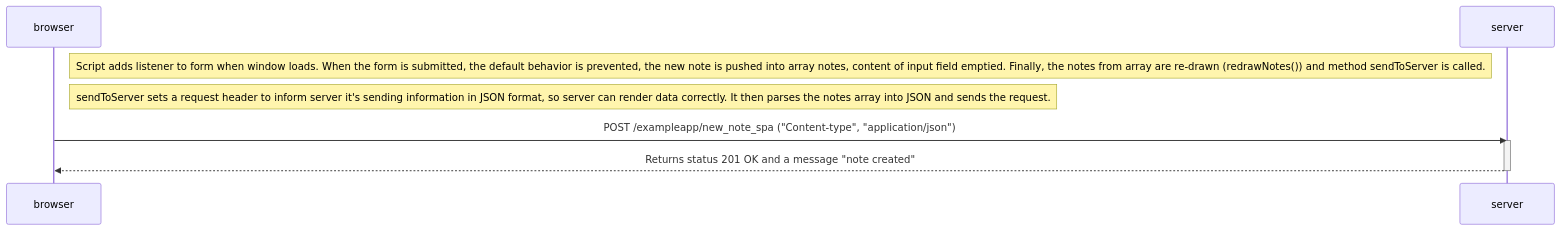
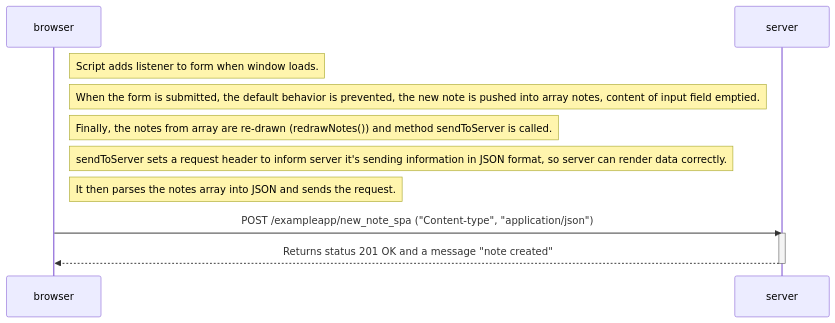
One commit to po8po9/fullstackopen_mazzarella changed the diagram in part0/new_note_SPA.md. Above: the diagram before and after it, drawn with Mermaid.

Commit message:
Update new_note_SPA.md
Comments were too long, now clearer

````diff
--- a/part0/new_note_SPA.md
+++ b/part0/new_note_SPA.md
@@ -1,19 +1,25 @@
 ```mermaid
 sequenceDiagram
     participant browser
     participant server
 
-    Note right of browser: Script adds listener to form when window loads. When the form is submitted, the default behavior is prevented, the new note is pushed into array notes, content of input field emptied. Finally, the notes from array are re-drawn (redrawNotes()) and method sendToServer is called.
+    Note right of browser: Script adds listener to form when window loads. 
 
-    Note right of browser: sendToServer sets a request header to inform server it's sending information in JSON format, so server can render data correctly. It then parses the notes array into JSON and sends the request.
+    Note right of browser: When the form is submitted, the default behavior is prevented, the new note is pushed into array notes, content of input field emptied.
+
+    Note right of browser:Finally, the notes from array are re-drawn (redrawNotes()) and method sendToServer is called.
+
+    Note right of browser: sendToServer sets a request header to inform server it's sending information in JSON format, so server can render data correctly.
+
+    Note right of browser:It then parses the notes array into JSON and sends the request.
 
     browser->>server: POST /exampleapp/new_note_spa ("Content-type", "application/json")
     activate server
     server-->>browser: Returns status 201 OK and a message "note created"  
     deactivate server
 
    
   
     
 
 ```
````
